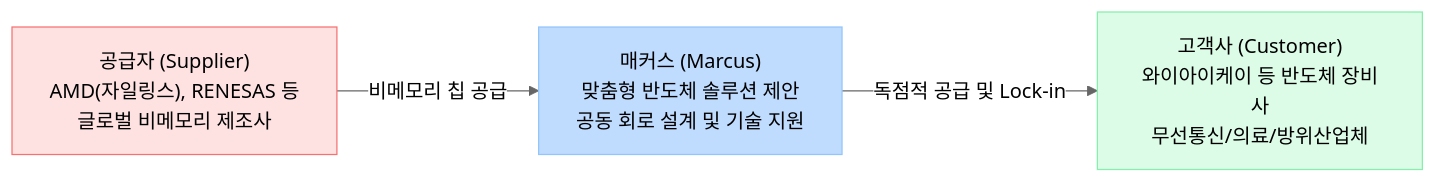
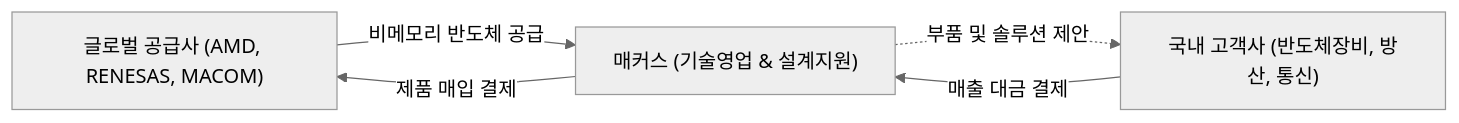
Before and after one commit to eve830521-cmd/my-skill: the diagram in Stock_Research/매커스/3_Final_Reports/Phase1_Report.md, drawn with Mermaid (neutral theme). The commit also changed other lines of this file and 115 other files, not shown here.

````diff
--- a/Stock_Research/매커스/3_Final_Reports/Phase1_Report.md
+++ b/Stock_Research/매커스/3_Final_Reports/Phase1_Report.md
@@ -21,9 +6,7 @@
 ```mermaid
 graph LR
-    A["공급자 (Supplier)<br>AMD(자일링스), RENESAS 등<br>글로벌 비메모리 제조사"] -->|비메모리 칩 공급| B["매커스 (Marcus)<br>맞춤형 반도체 솔루션 제안<br>공동 회로 설계 및 기술 지원"]
-    B -->|독점적 공급 및 Lock-in| C["고객사 (Customer)<br>와이아이케이 등 반도체 장비사<br>무선통신/의료/방위산업체"]
-    
-    style A fill:#fee2e2,stroke:#f87171
-    style B fill:#bfdbfe,stroke:#93c5fd
-    style C fill:#dcfce7,stroke:#86efac
+    A["글로벌 공급사 (AMD, RENESAS, MACOM)"] -->|"비메모리 반도체 공급"| B["매커스 (기술영업 & 설계지원)"]
+    B -. "부품 및 솔루션 제안" .-> C["국내 고객사 (반도체장비, 방산, 통신)"]
+    C -->|"매출 대금 결제"| B
+    B -->|"제품 매입 결제"| A
 ```
````
